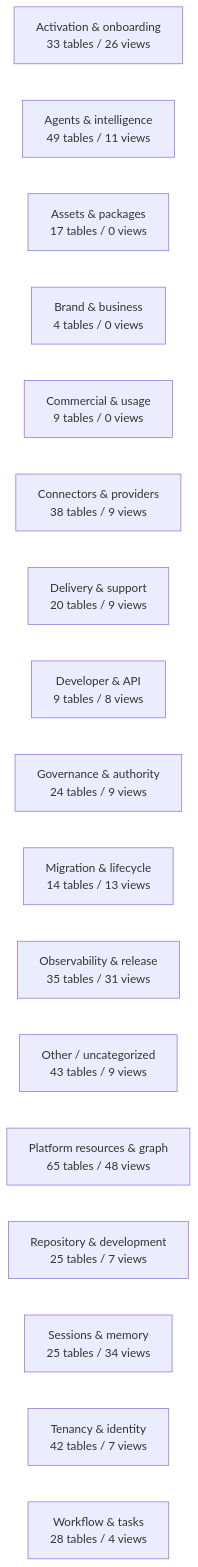
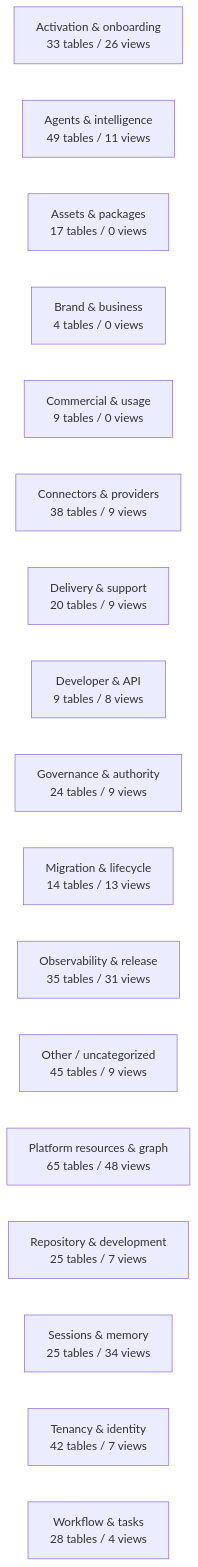
The diagram in docs/work-maps/data-model-domain-map.md (mad4bdigital-ai/multi-business-multi-role-growth-intelligence-os), drawn with Mermaid before and after one commit. The commit also changed other lines of this file and 4 other files, not shown here.

````diff
--- a/docs/work-maps/data-model-domain-map.md
+++ b/docs/work-maps/data-model-domain-map.md
@@ -9,20 +9,20 @@
 ```mermaid
 flowchart LR
   n_Activation___onboarding["Activation & onboarding<br/>33 tables / 26 views"]
   n_Agents___intelligence["Agents & intelligence<br/>49 tables / 11 views"]
   n_Assets___packages["Assets & packages<br/>17 tables / 0 views"]
   n_Brand___business["Brand & business<br/>4 tables / 0 views"]
   n_Commercial___usage["Commercial & usage<br/>9 tables / 0 views"]
   n_Connectors___providers["Connectors & providers<br/>38 tables / 9 views"]
   n_Delivery___support["Delivery & support<br/>20 tables / 9 views"]
   n_Developer___API["Developer & API<br/>9 tables / 8 views"]
   n_Governance___authority["Governance & authority<br/>24 tables / 9 views"]
   n_Migration___lifecycle["Migration & lifecycle<br/>14 tables / 13 views"]
   n_Observability___release["Observability & release<br/>35 tables / 31 views"]
-  n_Other___uncategorized["Other / uncategorized<br/>43 tables / 9 views"]
+  n_Other___uncategorized["Other / uncategorized<br/>45 tables / 9 views"]
   n_Platform_resources___graph["Platform resources & graph<br/>65 tables / 48 views"]
   n_Repository___development["Repository & development<br/>25 tables / 7 views"]
   n_Sessions___memory["Sessions & memory<br/>25 tables / 34 views"]
   n_Tenancy___identity["Tenancy & identity<br/>42 tables / 7 views"]
   n_Workflow___tasks["Workflow & tasks<br/>28 tables / 4 views"]
 ```
````
